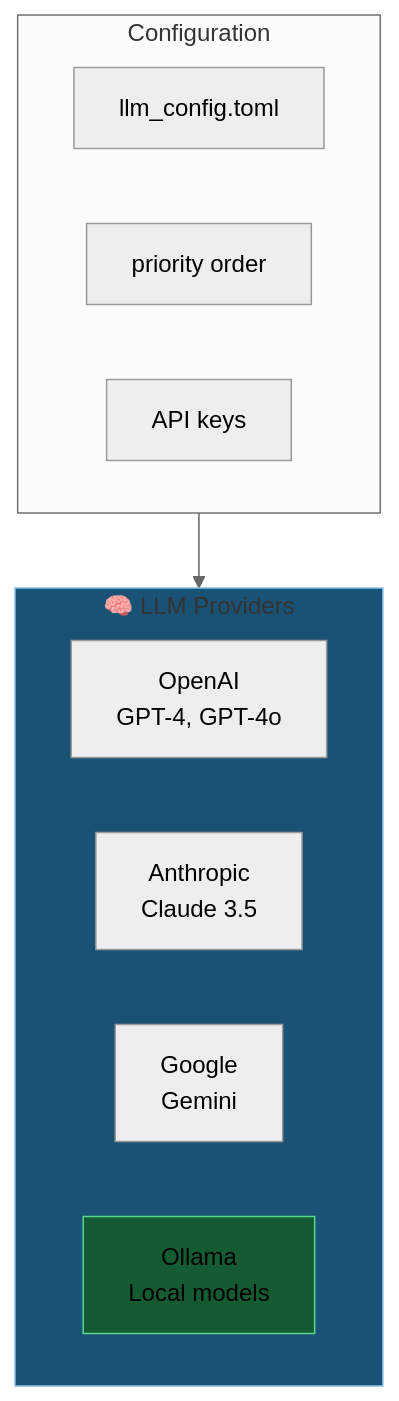
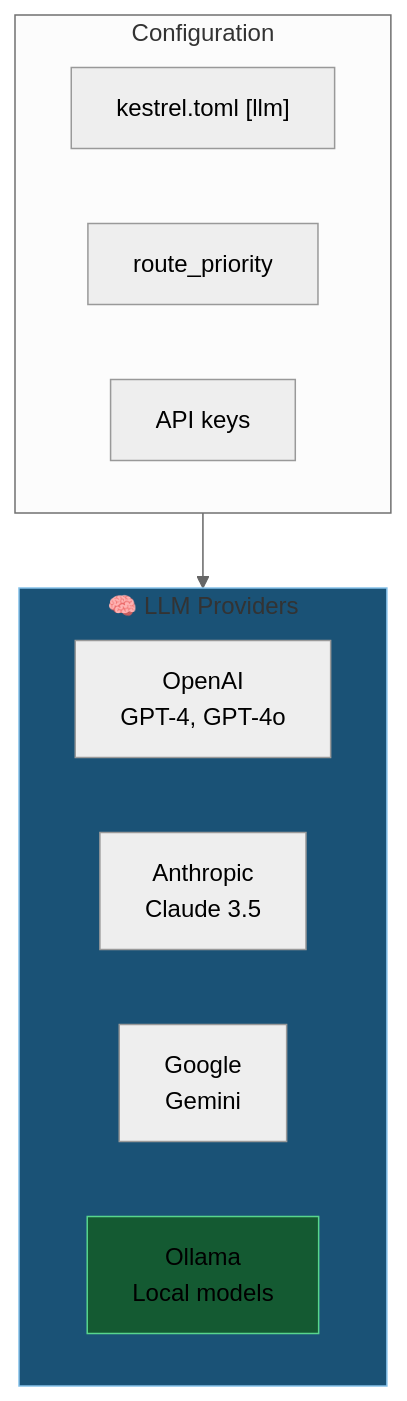
Before and after one commit to KestrelSovereignAI/kestrel-sovereign: the second of 13 diagrams in docs/diagrams/06-llm-management.md, drawn with Mermaid (neutral theme). The commit also changed other lines of this file and 5 other files, not shown here.

````diff
--- a/docs/diagrams/06-llm-management.md
+++ b/docs/diagrams/06-llm-management.md
@@ -33,20 +33,20 @@
 ```mermaid
 graph TB
     subgraph providers["🧠 LLM Providers"]
         OAI[OpenAI<br/>GPT-4, GPT-4o]
         ANT[Anthropic<br/>Claude 3.5]
         GOOGLE[Google<br/>Gemini]
         OLLAMA[Ollama<br/>Local models]
     end
     
     subgraph config["Configuration"]
-        TOML[llm_config.toml]
-        PRIO[priority order]
+        TOML["kestrel.toml [llm]"]
+        PRIO[route_priority]
         KEYS[API keys]
     end
     
     config --> providers
     
     style providers fill:#1a5276,stroke:#85c1e9
     style OLLAMA fill:#145a32,stroke:#58d68d
 ```
````
